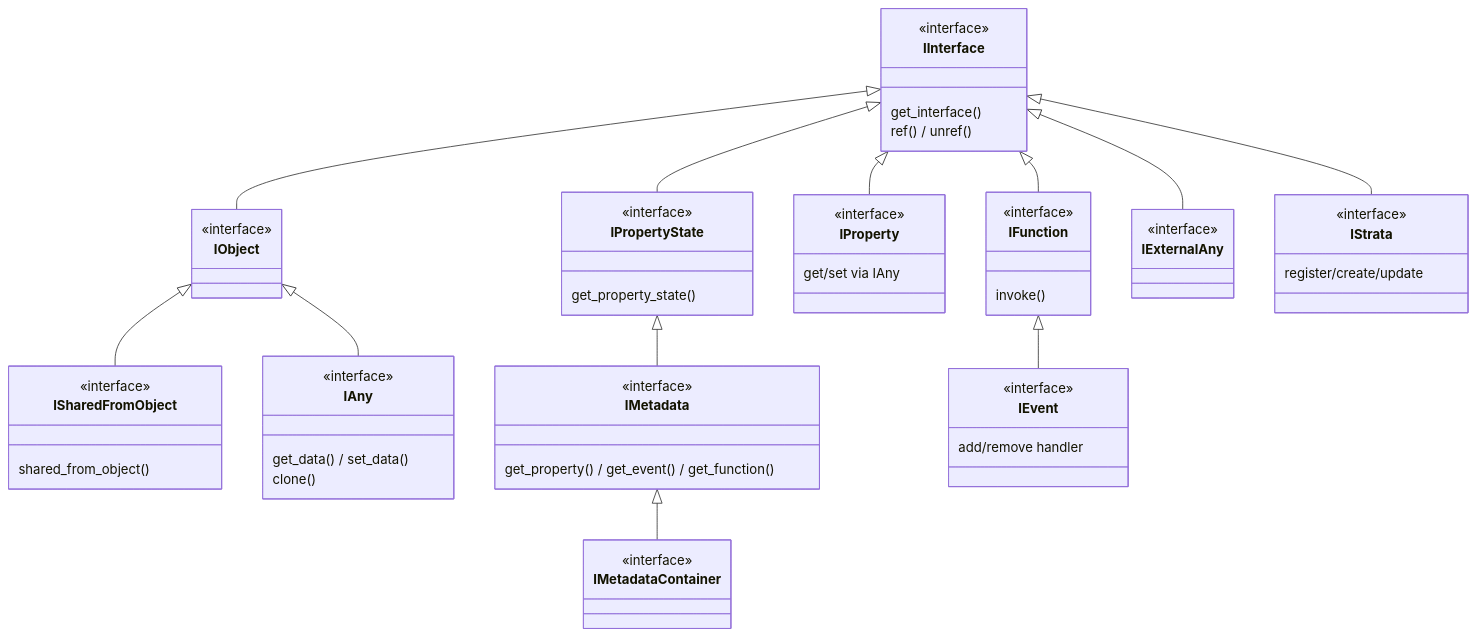
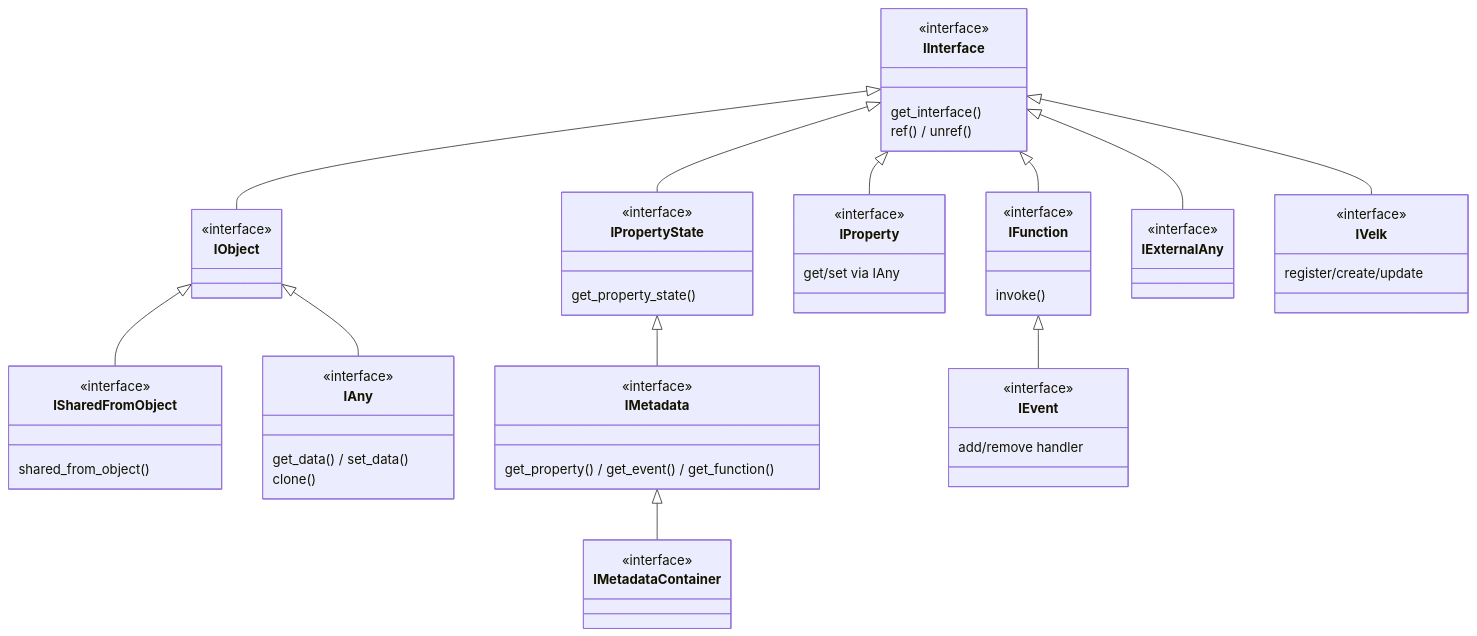
The second of 3 diagrams in docs/architecture.md (ljaaskela/strata), drawn with Mermaid before and after one commit. The commit also changed other lines of this file and 108 other files, not shown here.

````diff
--- a/docs/architecture.md
+++ b/docs/architecture.md
@@ -105,71 +105,71 @@
 ```mermaid
 classDiagram
     direction TB
 
     class IInterface {
         <<interface>>
         get_interface()
         ref() / unref()
     }
 
     class IObject {
         <<interface>>
     }
     class ISharedFromObject {
         <<interface>>
         shared_from_object()
     }
     class IAny {
         <<interface>>
         get_data() / set_data()
         clone()
     }
 
     class IPropertyState {
         <<interface>>
         get_property_state()
     }
     class IMetadata {
         <<interface>>
         get_property() / get_event() / get_function()
     }
     class IMetadataContainer {
         <<interface>>
     }
 
     class IProperty {
         <<interface>>
         get/set via IAny
     }
     class IFunction {
         <<interface>>
         invoke()
     }
     class IEvent {
         <<interface>>
         add/remove handler
     }
 
     class IExternalAny {
         <<interface>>
     }
-    class IStrata {
+    class IVelk {
         <<interface>>
         register/create/update
     }
 
     IInterface <|-- IObject
     IObject <|-- ISharedFromObject
     IObject <|-- IAny
 
     IInterface <|-- IPropertyState
     IPropertyState <|-- IMetadata
     IMetadata <|-- IMetadataContainer
 
     IInterface <|-- IProperty
     IInterface <|-- IFunction
     IFunction <|-- IEvent
 
     IInterface <|-- IExternalAny
-    IInterface <|-- IStrata
+    IInterface <|-- IVelk
 ```
````
